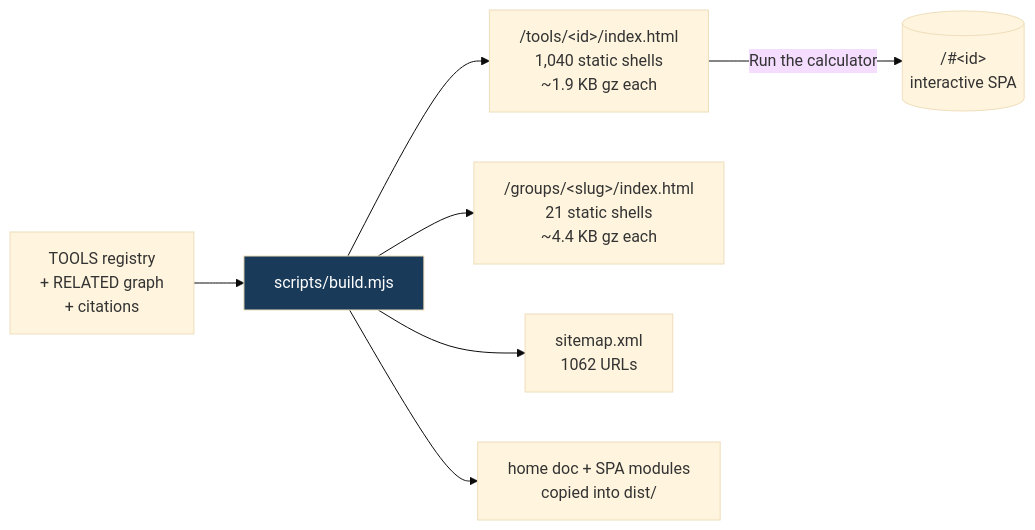
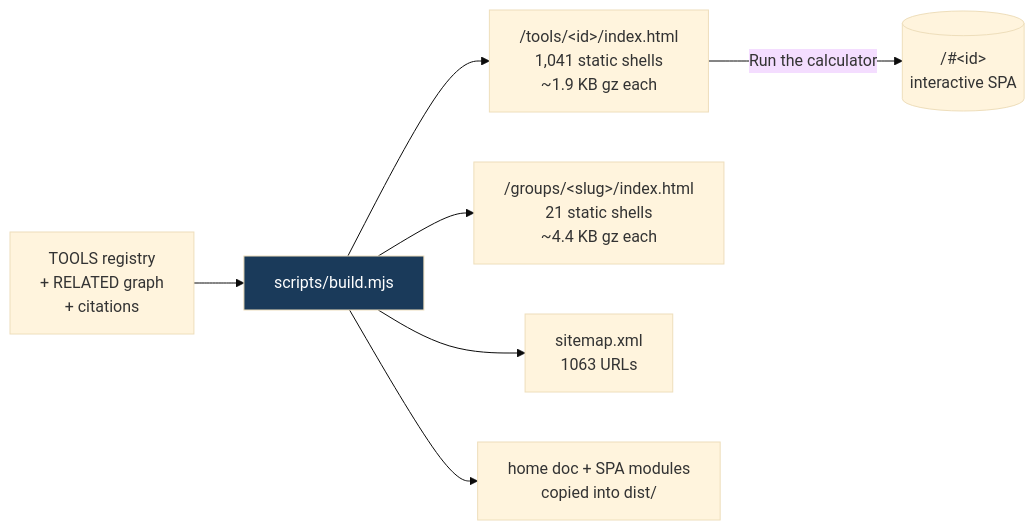
One commit to clay-good/roughlogic.com changed the fifth of 8 diagrams in README.md. Above: the diagram before and after it, drawn with Mermaid (base theme). The commit also changed other lines of this file and 14 other files, not shown here.

````diff
--- a/README.md
+++ b/README.md
@@ -495,10 +495,10 @@
 ```mermaid
 flowchart LR
     SRC[TOOLS registry\n+ RELATED graph\n+ citations] --> BUILD[scripts/build.mjs]
-    BUILD --> TILE["/tools/&lt;id&gt;/index.html\n1,040 static shells\n~1.9 KB gz each"]
+    BUILD --> TILE["/tools/&lt;id&gt;/index.html\n1,041 static shells\n~1.9 KB gz each"]
     BUILD --> GROUP["/groups/&lt;slug&gt;/index.html\n21 static shells\n~4.4 KB gz each"]
-    BUILD --> MAP["sitemap.xml\n1062 URLs"]
+    BUILD --> MAP["sitemap.xml\n1063 URLs"]
     BUILD --> COPY[home doc + SPA modules\ncopied into dist/]
     TILE -->|Run the calculator| SPA[("/#&lt;id&gt;\ninteractive SPA")]
     style BUILD fill:#1a3a5a,color:#fff
 ```
````
